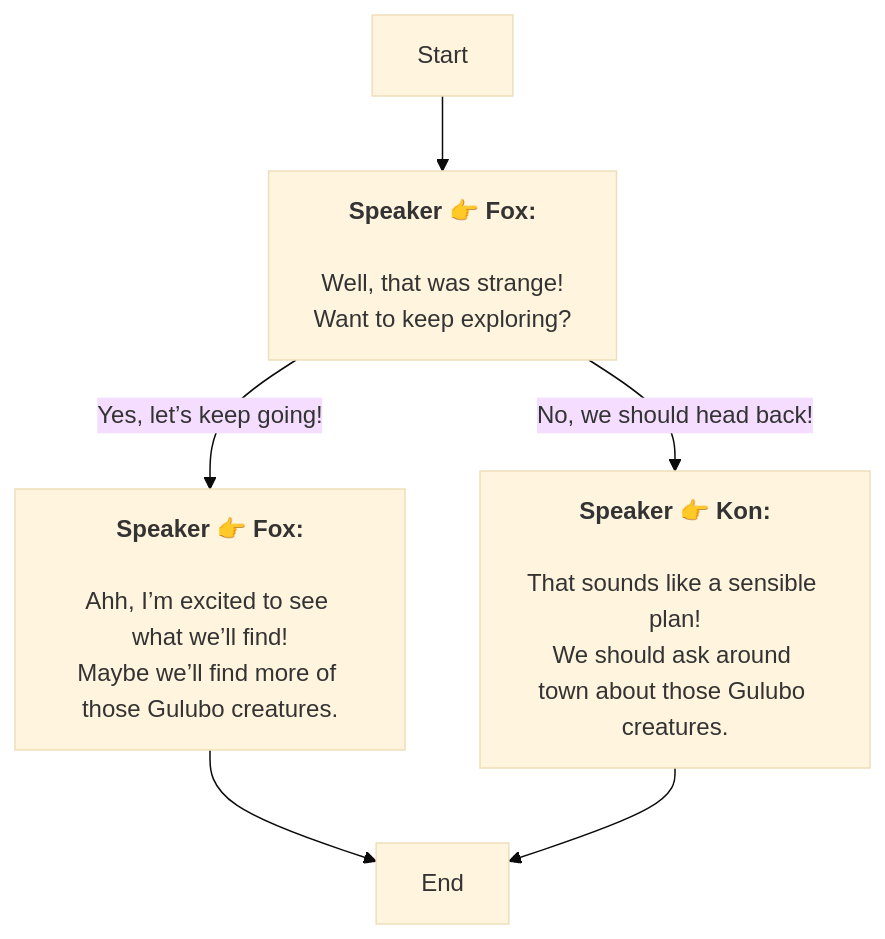
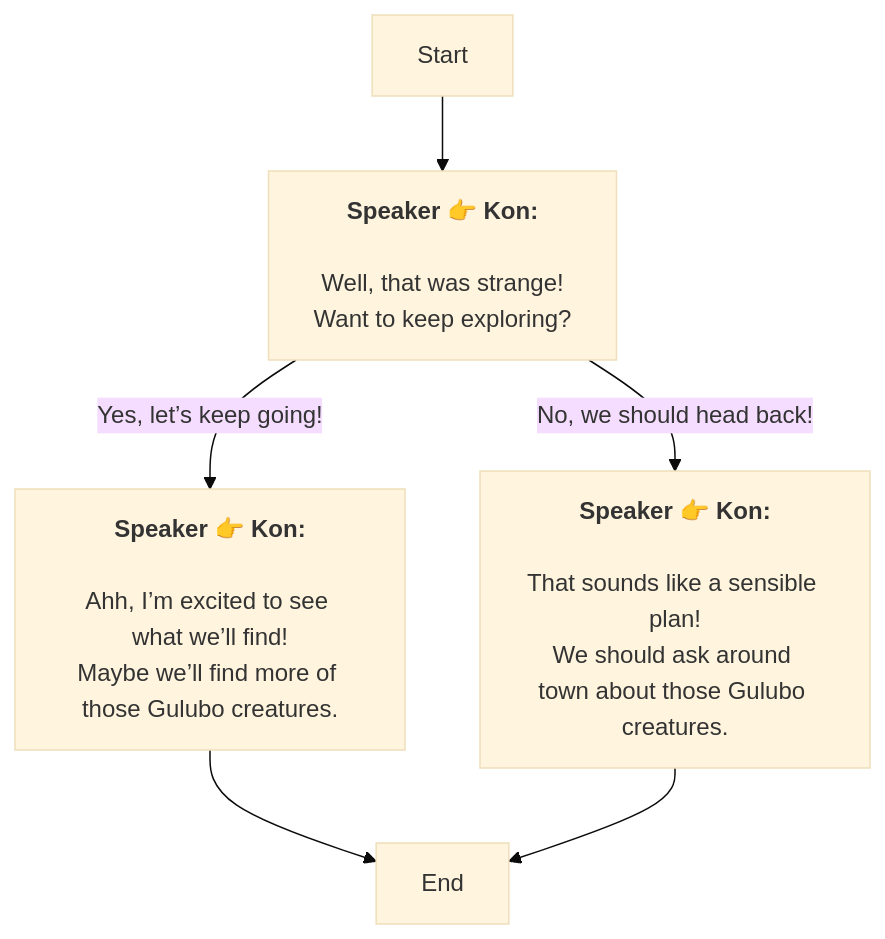
Before and after one commit to SoftHu/tos_avg: the diagram in Zh/QuestStartTalkENode_1776325768277506.md, drawn with Mermaid (base theme). The commit also changed 730 other files, not shown here.

````diff
--- a/Zh/QuestStartTalkENode_1776325768277506.md
+++ b/Zh/QuestStartTalkENode_1776325768277506.md
@@ -1,15 +1,15 @@
 ```mermaid
 graph
-Start -->1776325786544645[<b>Speaker 👉 Fox:</b>
+Start -->1776325786544645[<b>Speaker 👉 Kon:</b>
 \nWell, that was strange!
 Want to keep exploring?]
-1776325786544645 -->|Yes, let’s keep going!|1776325827719694[<b>Speaker 👉 Fox:</b>
+1776325786544645 -->|Yes, let’s keep going!|1776325827719694[<b>Speaker 👉 Kon:</b>
 \nAhh, I’m excited to see what we’ll find!
 Maybe we’ll find more of those Gulubo creatures.]
 1776325786544645 -->|No, we should head back!|1776325845570064[<b>Speaker 👉 Kon:</b>
 \nThat sounds like a sensible plan!
 We should ask around town about those Gulubo creatures.]
 1776325827719694 -->1776325871114770[End]
 1776325845570064 -->1776325871114770[End]
 
 ```
````
